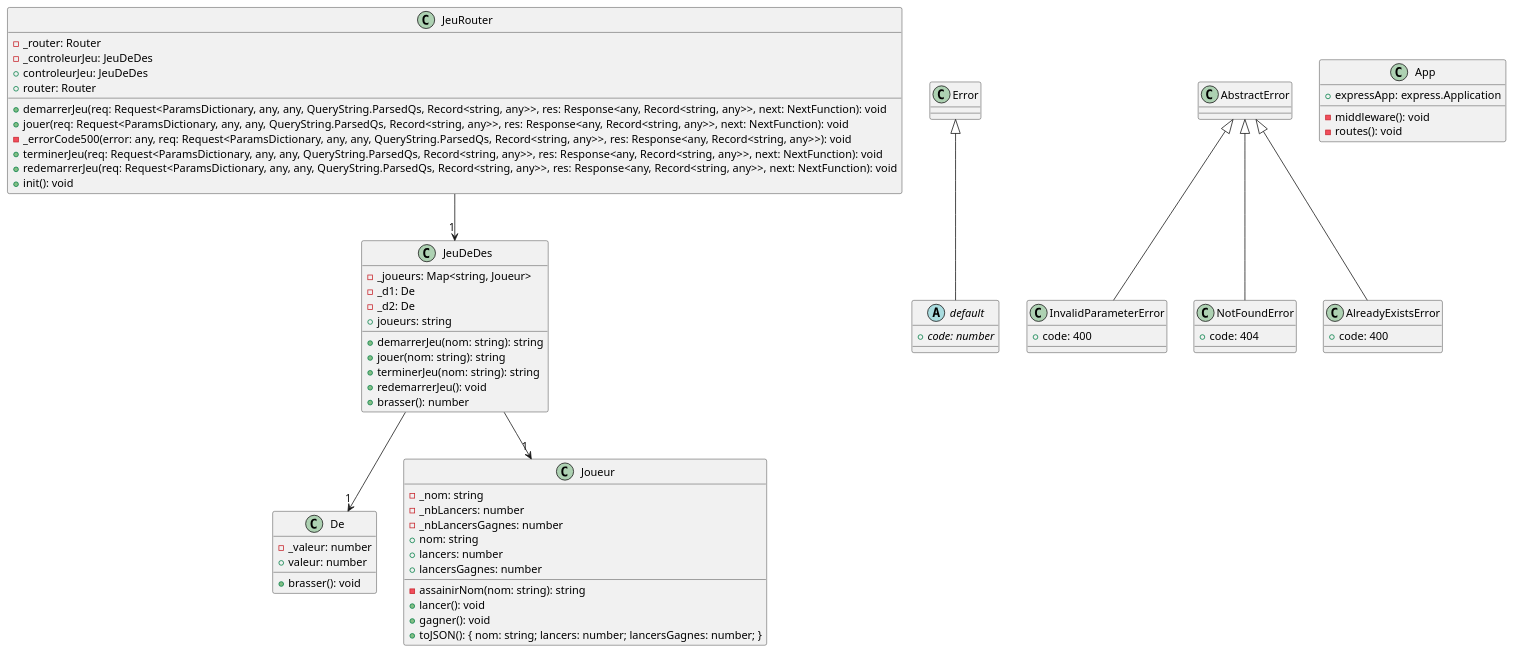
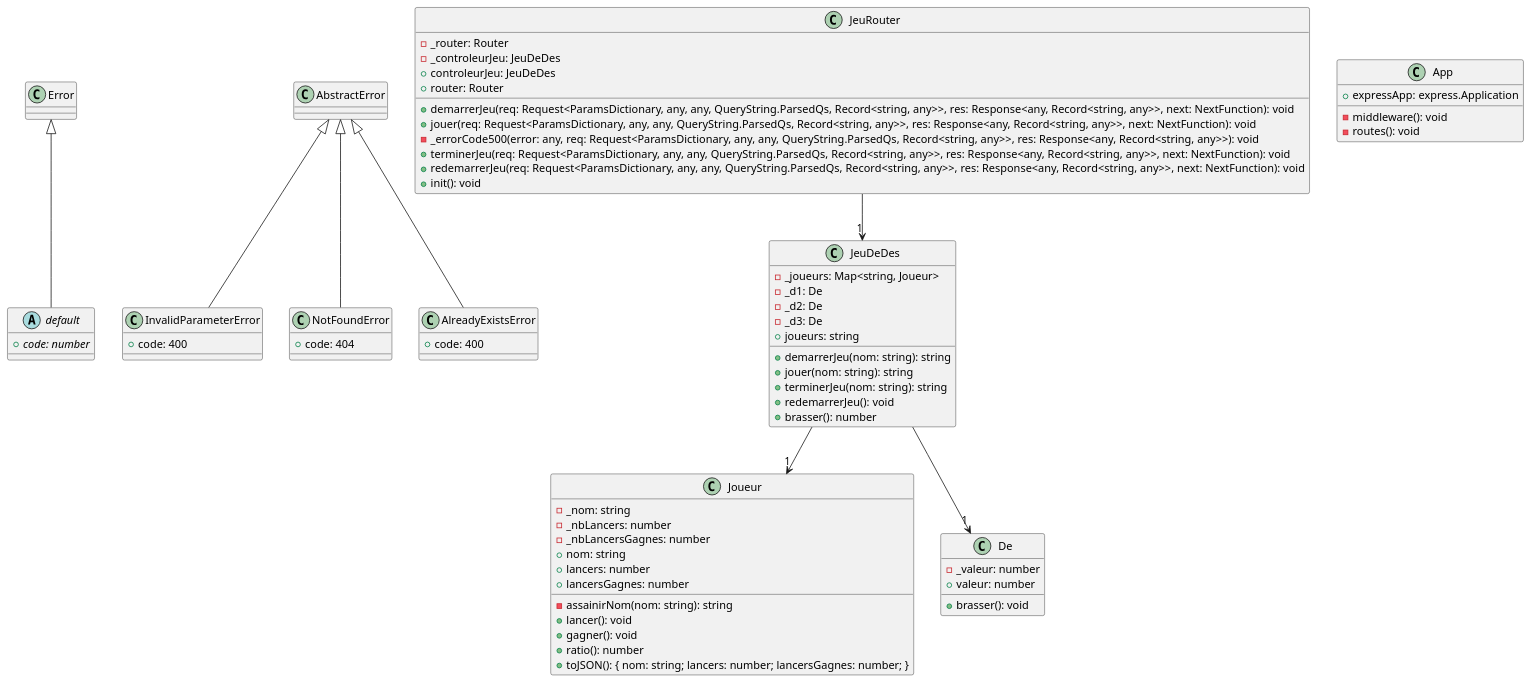
The diagram in docs/modeles/App.puml (cc-probitaille/laboratoire-0-triflash1), drawn with PlantUML before and after one commit. The commit also changed 1 other file, not shown here.

```diff
--- a/docs/modeles/App.puml
+++ b/docs/modeles/App.puml
@@ -1,62 +1,64 @@
 @startuml
-class De {
-    -_valeur: number
-    +brasser(): void
-    +valeur: number
-}
 abstract class default extends Error {
     +{abstract} code: number
 }
 class InvalidParameterError extends AbstractError {
     +code: 400
 }
 class Joueur {
     -_nom: string
     -_nbLancers: number
     -_nbLancersGagnes: number
     +nom: string
     -assainirNom(nom: string): string
     +lancers: number
     +lancersGagnes: number
     +lancer(): void
     +gagner(): void
+    +ratio(): number
     +toJSON(): { nom: string; lancers: number; lancersGagnes: number; }
+}
+class De {
+    -_valeur: number
+    +brasser(): void
+    +valeur: number
 }
 class NotFoundError extends AbstractError {
     +code: 404
 }
 class AlreadyExistsError extends AbstractError {
     +code: 400
 }
 class JeuDeDes {
     -_joueurs: Map<string, Joueur>
     -_d1: De
     -_d2: De
+    -_d3: De
     +demarrerJeu(nom: string): string
     +jouer(nom: string): string
     +terminerJeu(nom: string): string
     +redemarrerJeu(): void
     +brasser(): number
     +joueurs: string
 }
 class JeuRouter {
     -_router: Router
     -_controleurJeu: JeuDeDes
     +controleurJeu: JeuDeDes
     +router: Router
     +demarrerJeu(req: Request<ParamsDictionary, any, any, QueryString.ParsedQs, Record<string, any>>, res: Response<any, Record<string, any>>, next: NextFunction): void
     +jouer(req: Request<ParamsDictionary, any, any, QueryString.ParsedQs, Record<string, any>>, res: Response<any, Record<string, any>>, next: NextFunction): void
     -_errorCode500(error: any, req: Request<ParamsDictionary, any, any, QueryString.ParsedQs, Record<string, any>>, res: Response<any, Record<string, any>>): void
     +terminerJeu(req: Request<ParamsDictionary, any, any, QueryString.ParsedQs, Record<string, any>>, res: Response<any, Record<string, any>>, next: NextFunction): void
     +redemarrerJeu(req: Request<ParamsDictionary, any, any, QueryString.ParsedQs, Record<string, any>>, res: Response<any, Record<string, any>>, next: NextFunction): void
     +init(): void
 }
 class App {
     +expressApp: express.Application
     -middleware(): void
     -routes(): void
 }
 JeuDeDes --> "1" Joueur
 JeuDeDes --> "1" De
 JeuRouter --> "1" JeuDeDes
 @enduml
```
